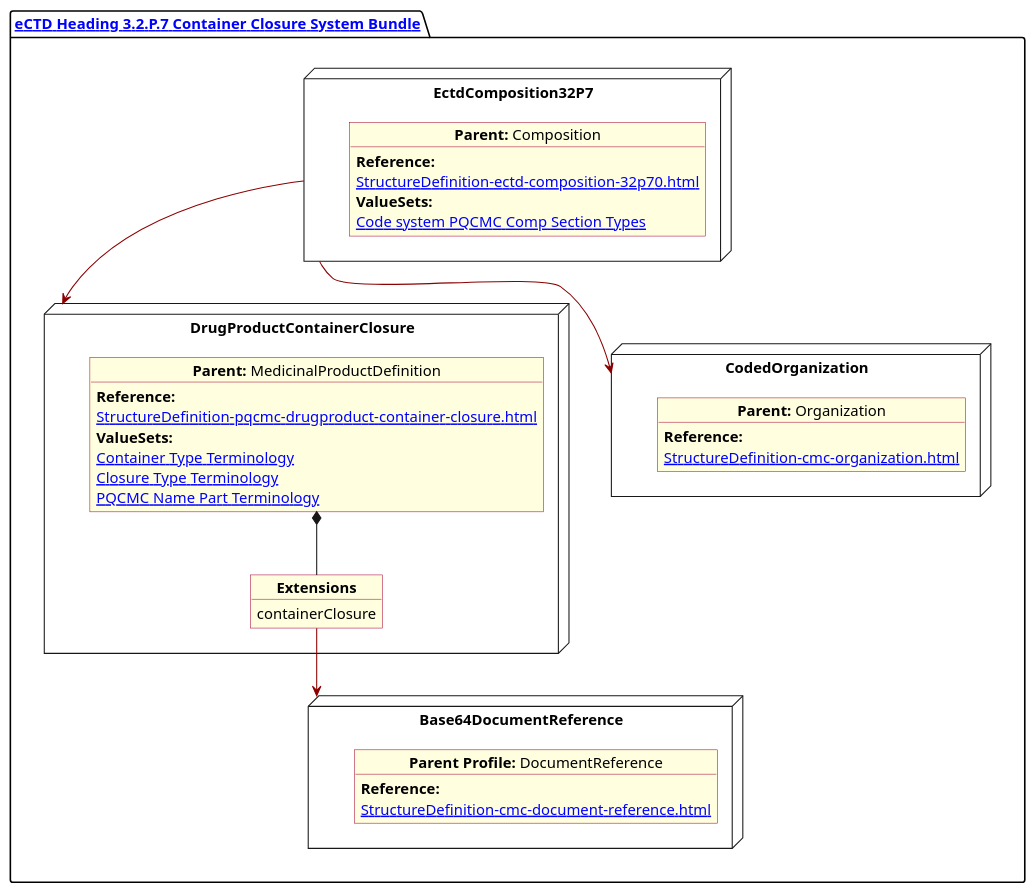
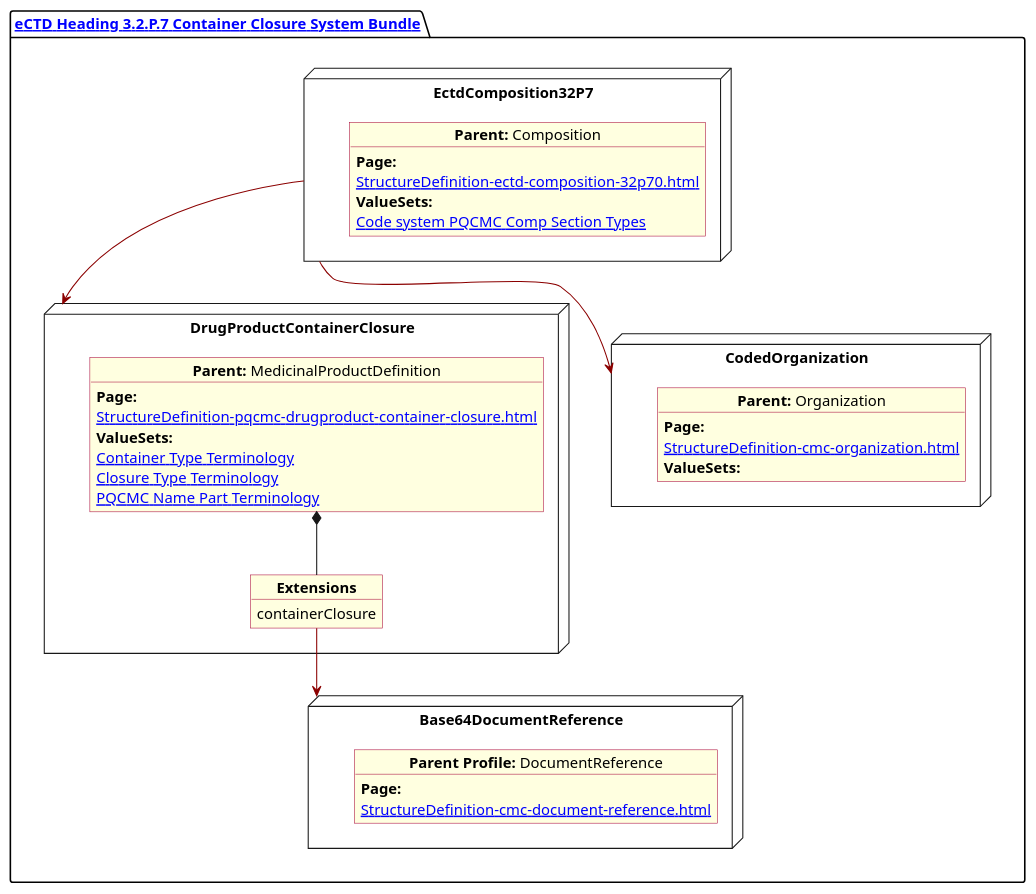
The diagram in input/images-source/ContainerClosure.plantuml (HL7/FHIR-us-pq-cmc-fda), drawn with PlantUML before and after one commit. The commit also changed 53 other files, not shown here.

```diff
--- a/input/images-source/ContainerClosure.plantuml
+++ b/input/images-source/ContainerClosure.plantuml
@@ -1,59 +1,61 @@
 @startuml ContainerClosure
 allowmixing
 'Mixed model of use case and object
 skinparam svgDimensionStyle false
 skinparam ObjectBackgroundColor LightYellow
 skinparam ObjectBorderColor #A80036
 skinparam activityDiamondBorderColor #A80036
 skinparam activityDiamondBackgroundColor lawnGreen
 skinparam ClassBorderThickness 4
 
 package "[[StructureDefinition-cmc-ectd-document-32p70.html eCTD Heading 3.2.P.7 Container Closure System Bundle]]" as NODES {
 
     node "EctdComposition32P7" as N1 {
 
         object "**Parent:** Composition" as obj1 {
-            **Reference:**
+            **Page:**
             [[StructureDefinition-ectd-composition-32p70.html]]
             **ValueSets:**
             [[ValueSet-cmc-comp-section-types-vs.html Code system PQCMC Comp Section Types]]
         }
 
     }
     node "DrugProductContainerClosure" as N21 {
 
         object "**Parent:** MedicinalProductDefinition" as obj22 {
-            **Reference:**
+            **Page:**
             [[StructureDefinition-pqcmc-drugproduct-container-closure.html]]
             **ValueSets:**
             [[ValueSet-pqcmc-container-type-terminology.html Container Type Terminology]]
             [[ValueSet-pqcmc-closure-type-terminology.html Closure Type Terminology]]
             [[ValueSet-pqcmc-name-part-terminology.html PQCMC Name Part Terminology]]
         }
         object "**Extensions**" as objEx {
             containerClosure
         }
         obj22 *-- objEx
     }
     node "Base64DocumentReference" as NB64 {
 
         object "**Parent Profile:** DocumentReference" as obj64 {
 
-            **Reference:**
+            **Page:**
             [[StructureDefinition-cmc-document-reference.html]]
         }
 
     }
     node "CodedOrganization" as NSO {
 
         object "**Parent:** Organization" as objAu {
-            **Reference:**
+            **Page:**
             [[StructureDefinition-cmc-organization.html]]
+            **ValueSets:**
+            
         }
     }
 }
 
 N1 -[#darkred]-> N21
 N1 -[#darkred]-> NSO
 objEx -[#darkred]-> NB64
 @enduml
```
